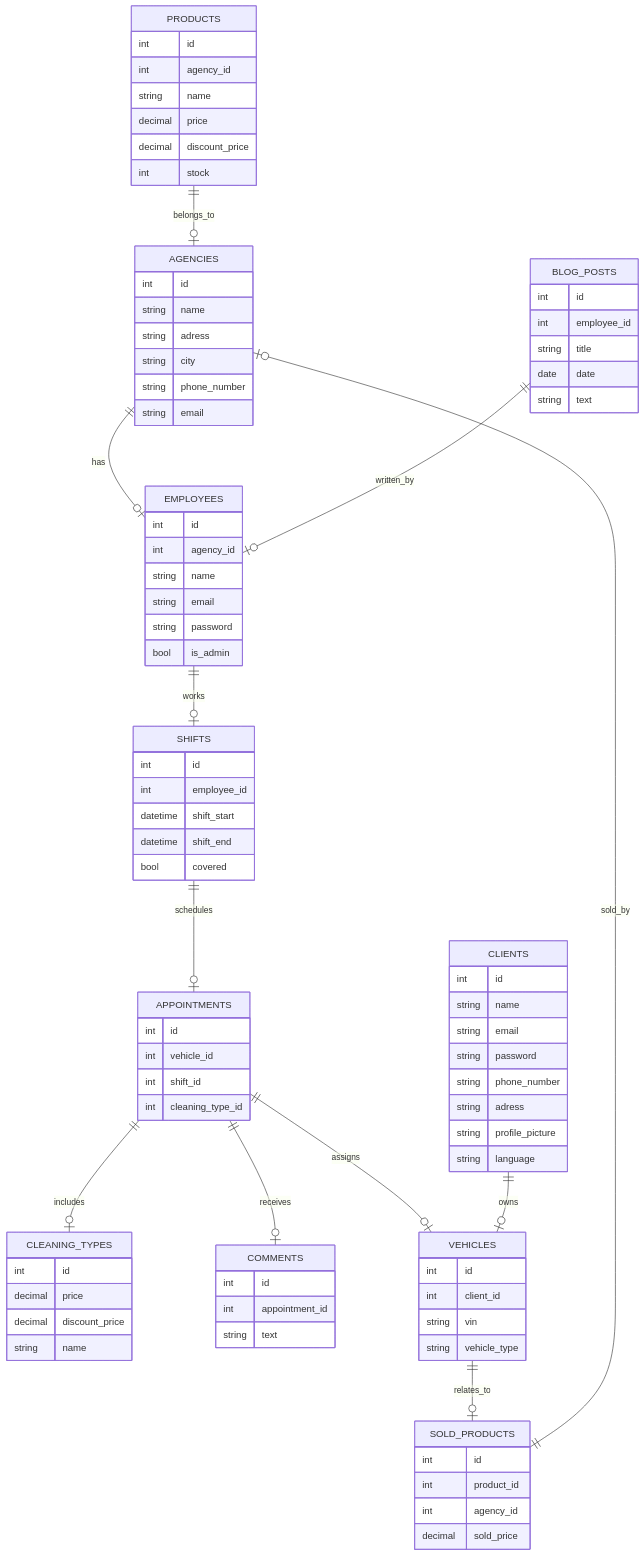
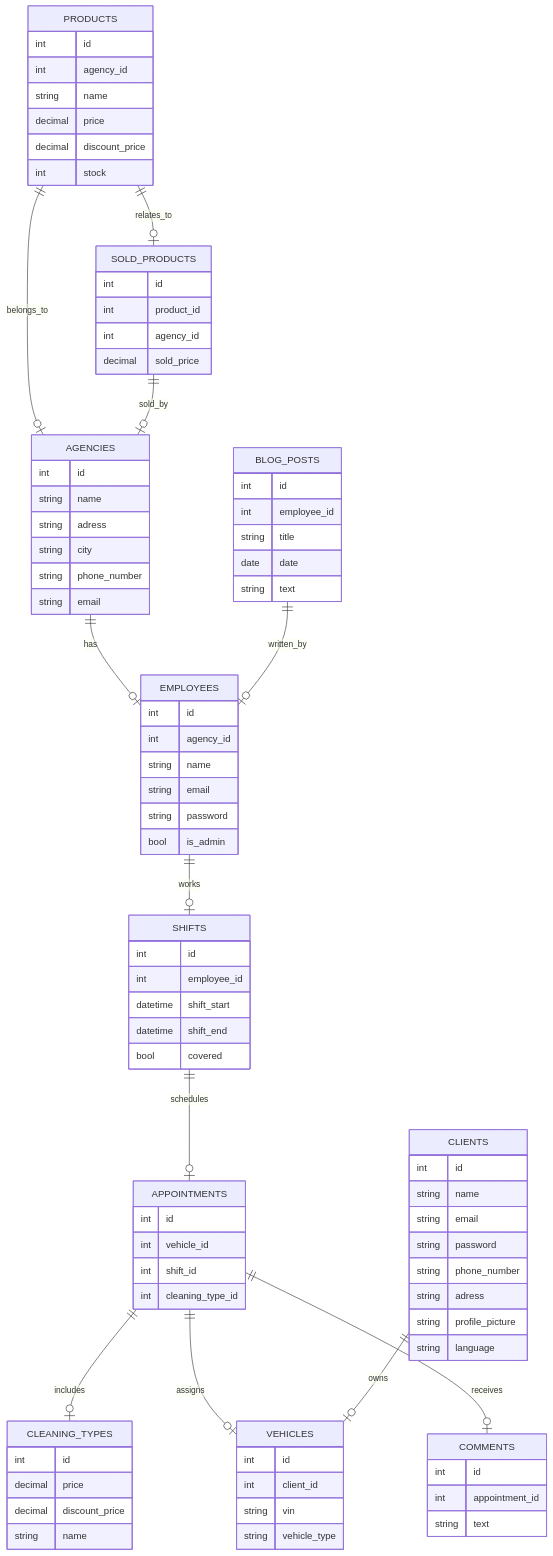
One commit to Karismatique/Auto-Clean-Pro changed the diagram in readme.md. Above: the diagram before and after it, drawn with Mermaid.

```diff
--- a/readme.md
+++ b/readme.md
@@ -95,7 +95,7 @@
     APPOINTMENTS ||--o| CLEANING_TYPES : includes
     APPOINTMENTS ||--o| VEHICLES : assigns
     CLIENTS ||--o| VEHICLES : owns
-    VEHICLES ||--o| SOLD_PRODUCTS : relates_to
+    PRODUCTS ||--o| SOLD_PRODUCTS : relates_to
     PRODUCTS ||--o| AGENCIES : belongs_to
     SOLD_PRODUCTS ||--o| AGENCIES : sold_by
     APPOINTMENTS ||--o| COMMENTS : receives
```
